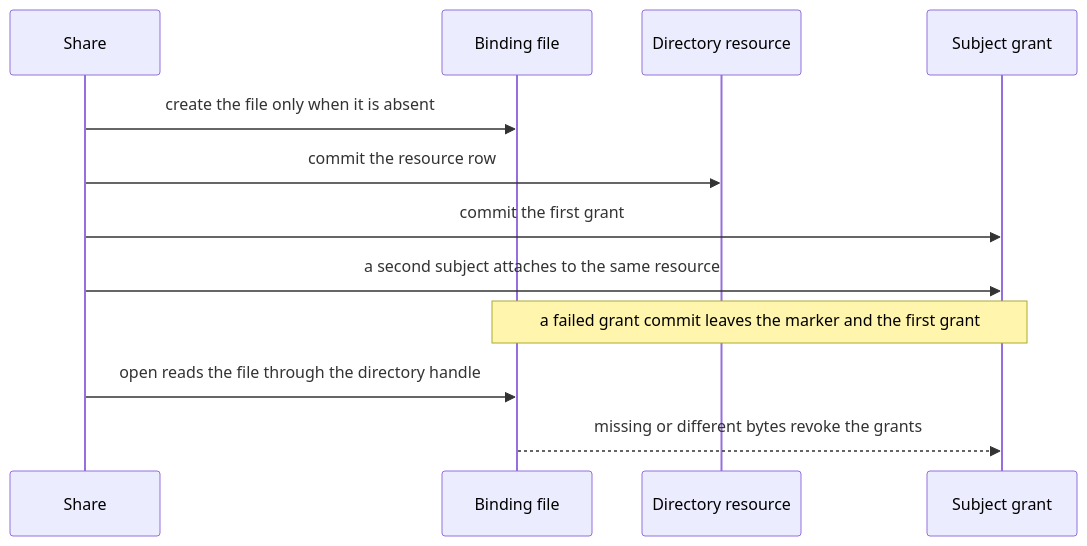
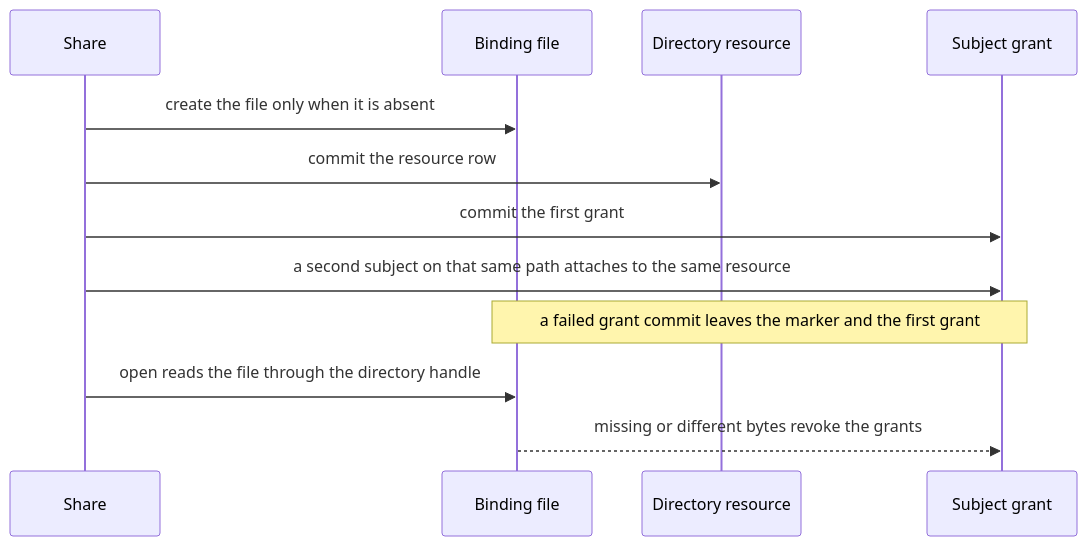
The fifth of 7 diagrams in docs/design/access-grants.md (nessalabs/nessa-agent), drawn with Mermaid before and after one commit. The commit also changed other lines of this file, not shown here.

````diff
--- a/docs/design/access-grants.md
+++ b/docs/design/access-grants.md
@@ -927,14 +962,14 @@
 ```mermaid
 sequenceDiagram
   participant Share
   participant Marker as Binding file
   participant Resource as Directory resource
   participant Grant as Subject grant
   Share->>Marker: create the file only when it is absent
   Share->>Resource: commit the resource row
   Share->>Grant: commit the first grant
-  Share->>Grant: a second subject attaches to the same resource
+  Share->>Grant: a second subject on that same path attaches to the same resource
   Note over Marker,Grant: a failed grant commit leaves the marker and the first grant
   Share->>Marker: open reads the file through the directory handle
   Marker-->>Grant: missing or different bytes revoke the grants
 ```
````
